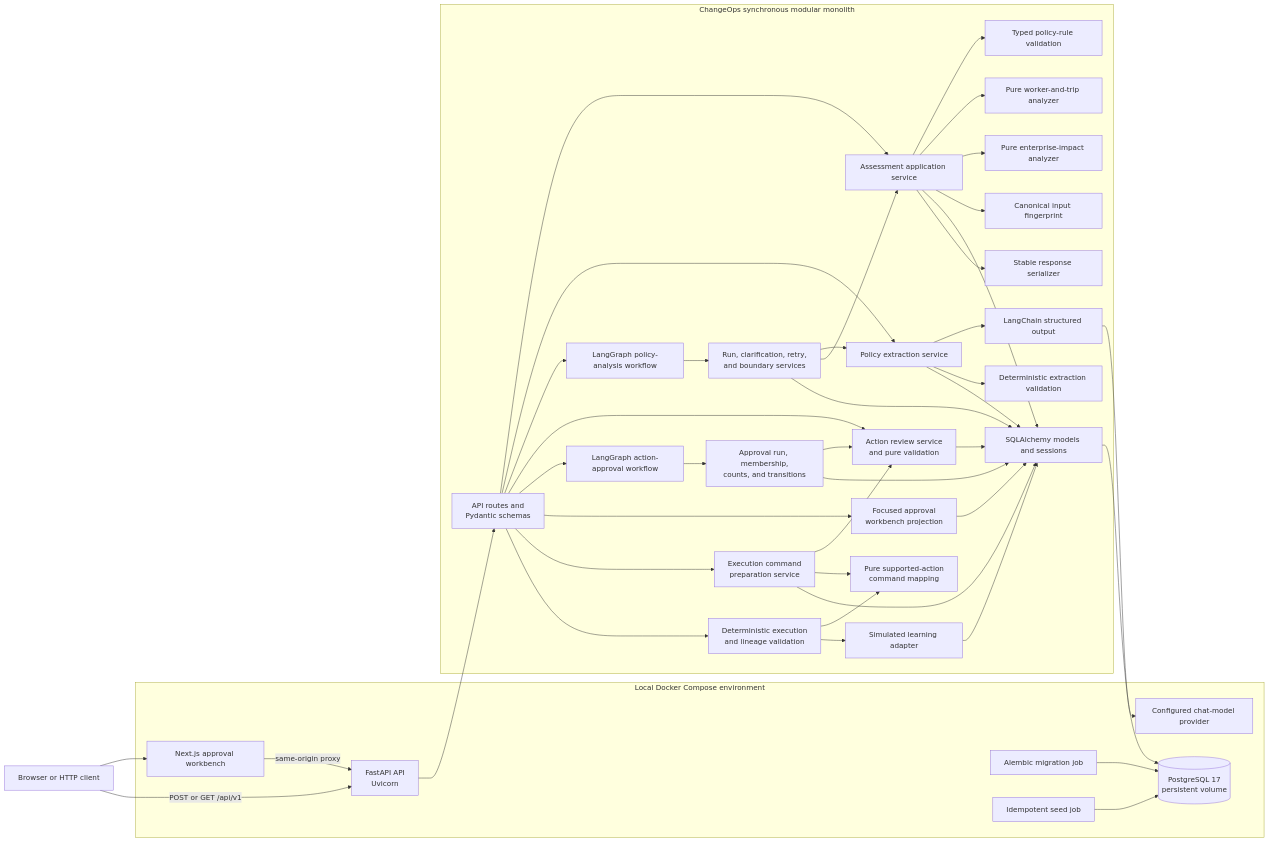
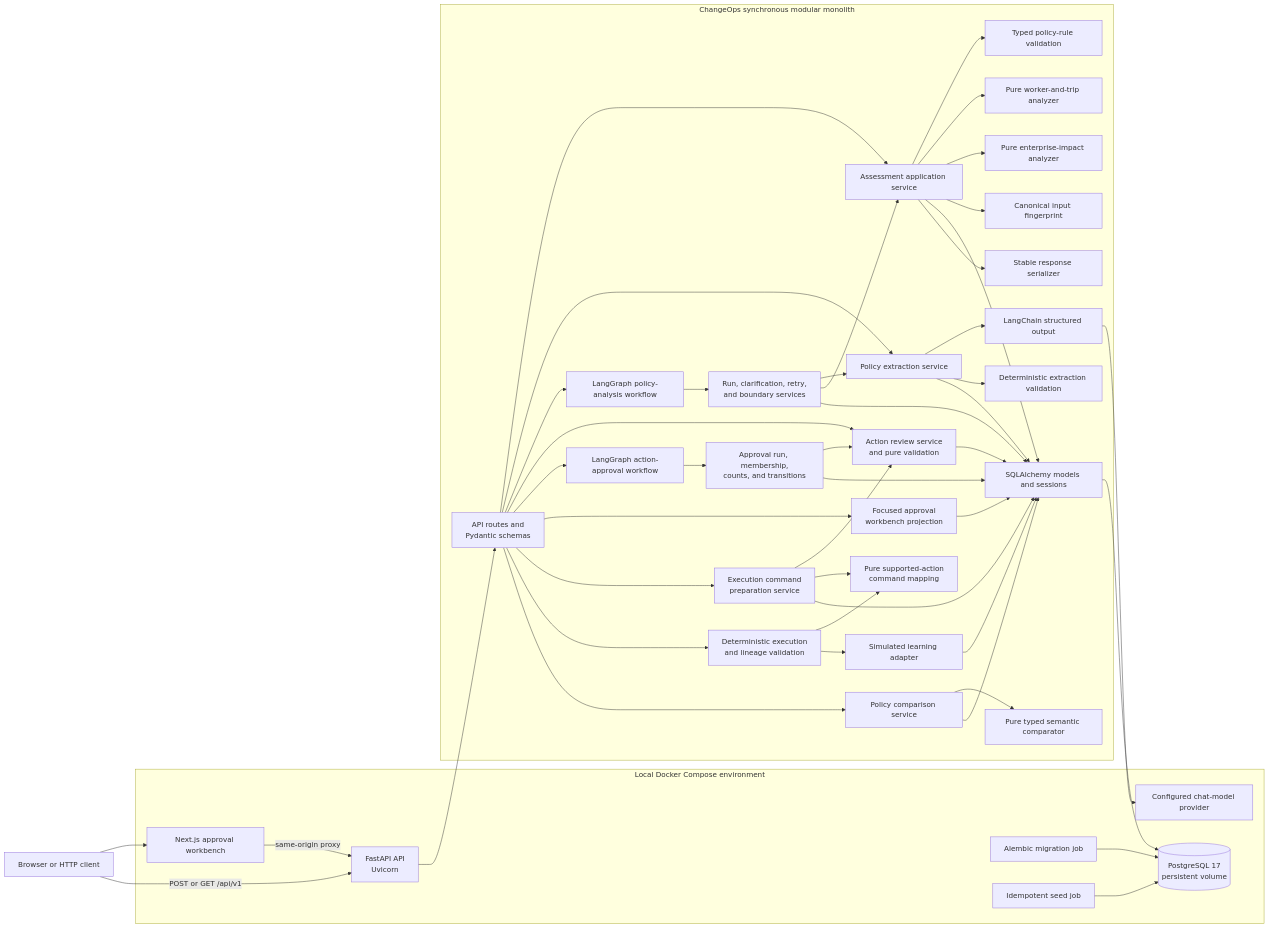
The first of 5 diagrams in docs/architecture.md (jaydreyer/ChangeOps), drawn with Mermaid before and after one commit. The commit also changed other lines of this file and 34 other files, not shown here.

Commit message:
Implement policy comparison milestone 5A

```diff
--- a/docs/architecture.md
+++ b/docs/architecture.md
@@ -40,6 +41,8 @@
         CommandMapping["Pure supported-action<br/>command mapping"]
         ExecutionService["Deterministic execution<br/>and lineage validation"]
         LearningAdapter["Simulated learning adapter"]
+        Comparison["Policy comparison service"]
+        Comparator["Pure typed semantic comparator"]
         ORM["SQLAlchemy models and sessions"]
     end
 
@@ -77,6 +80,9 @@
     CommandPreparation --> CommandMapping
     CommandPreparation --> ORM
     Routes --> ExecutionService
+    Routes --> Comparison
+    Comparison --> Comparator
+    Comparison --> ORM
     ExecutionService --> CommandMapping
     ExecutionService --> LearningAdapter
     LearningAdapter --> ORM
```
